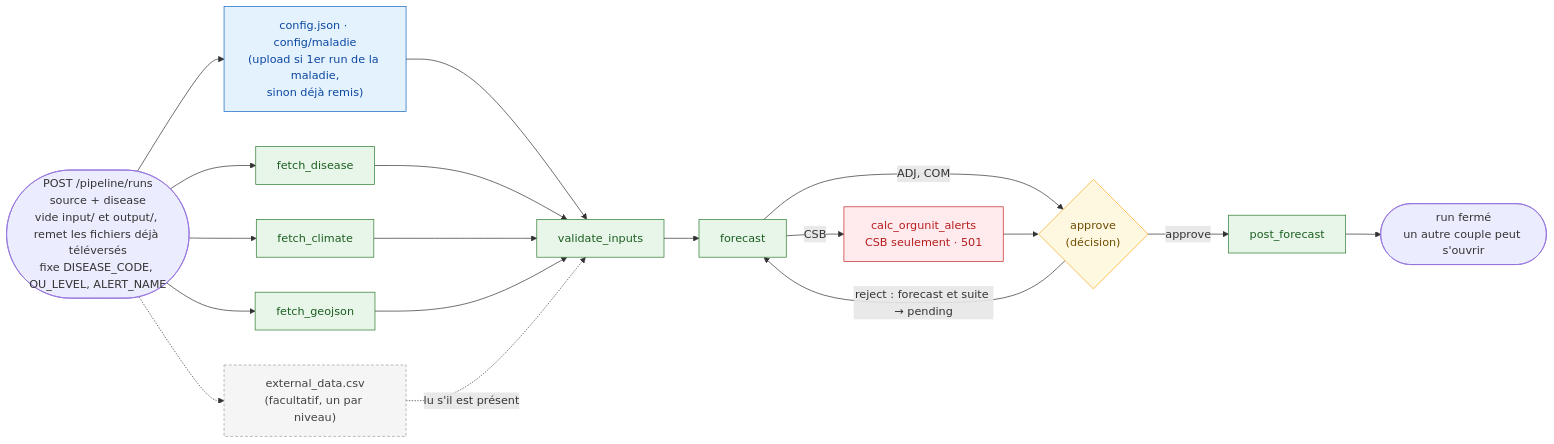
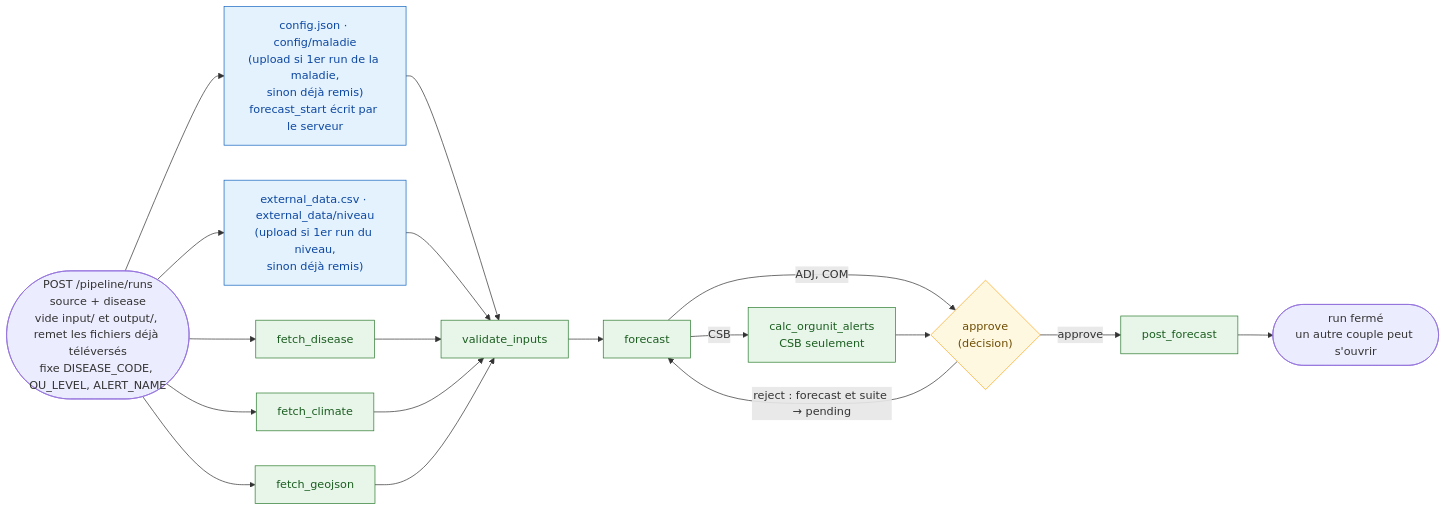
Before and after one commit to Pivot-Madagascar/pridec-docker: the second of 8 diagrams in etlhub/docs/pipeline-checkpoints-diagrams.md, drawn with Mermaid. The commit also changed other lines of this file and 6 other files, not shown here.

````diff
--- a/etlhub/docs/pipeline-checkpoints-diagrams.md
+++ b/etlhub/docs/pipeline-checkpoints-diagrams.md
@@ -137,40 +146,35 @@
 ```mermaid
 flowchart LR
     OPEN(["POST /pipeline/runs<br/>source + disease<br/>vide input/ et output/, remet les fichiers déjà téléversés<br/>fixe DISEASE_CODE, OU_LEVEL, ALERT_NAME"])
 
-    cfg["config.json · config/maladie<br/>(upload si 1er run de la maladie,<br/>sinon déjà remis)"]
-    ext["external_data.csv<br/>(facultatif, un par niveau)"]
+    cfg["config.json · config/maladie<br/>(upload si 1er run de la maladie,<br/>sinon déjà remis)<br/>forecast_start écrit par le serveur"]
+    ext["external_data.csv · external_data/niveau<br/>(upload si 1er run du niveau,<br/>sinon déjà remis)"]
     fd["fetch_disease"]
     fc["fetch_climate"]
     fg["fetch_geojson"]
     val["validate_inputs"]
     fct["forecast"]
-    coa["calc_orgunit_alerts<br/>CSB seulement · 501"]
+    coa["calc_orgunit_alerts<br/>CSB seulement"]
     apr{"approve<br/>(décision)"}
     post["post_forecast"]
     CLOSE(["run fermé<br/>un autre couple peut s'ouvrir"])
 
-    OPEN --> cfg & fd & fc & fg
-    OPEN -.-> ext
+    OPEN --> cfg & ext & fd & fc & fg
     cfg --> val
+    ext --> val
     fd --> val
     fc --> val
     fg --> val
-    ext -.->|"lu s'il est présent"| val
     val --> fct
     fct -->|"ADJ, COM"| apr
     fct -->|"CSB"| coa --> apr
     apr -->|"approve"| post --> CLOSE
     apr -->|"reject : forecast et suite → pending"| fct
 
     classDef item fill:#e8f5e9,stroke:#2e7d32,color:#1b5e20
     classDef upload fill:#e3f2fd,stroke:#1565c0,color:#0d47a1
-    classDef optional fill:#f5f5f5,stroke:#9e9e9e,color:#424242,stroke-dasharray:4 3
     classDef human fill:#fff8e1,stroke:#f9a825,color:#6d4c00
-    classDef missing fill:#ffebee,stroke:#c62828,color:#b71c1c
-    class fd,fc,fg,val,fct,post item
-    class cfg upload
-    class ext optional
+    class fd,fc,fg,val,fct,coa,post item
+    class cfg,ext upload
     class apr human
-    class coa missing
 ```
````
